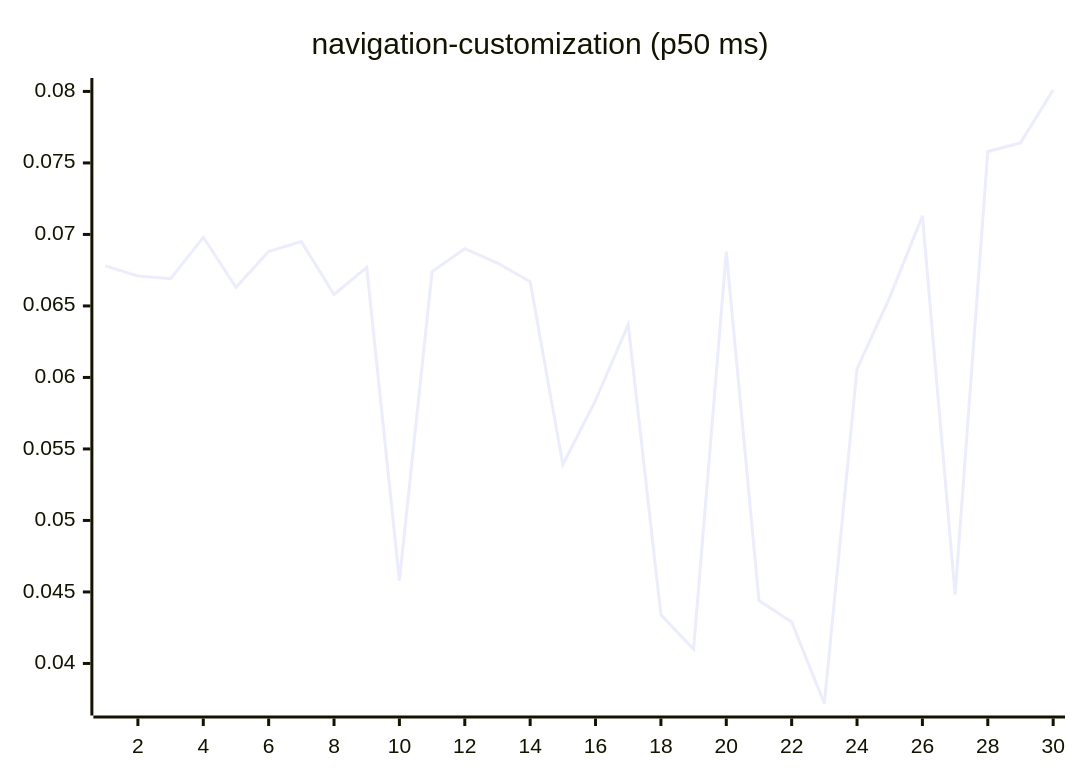
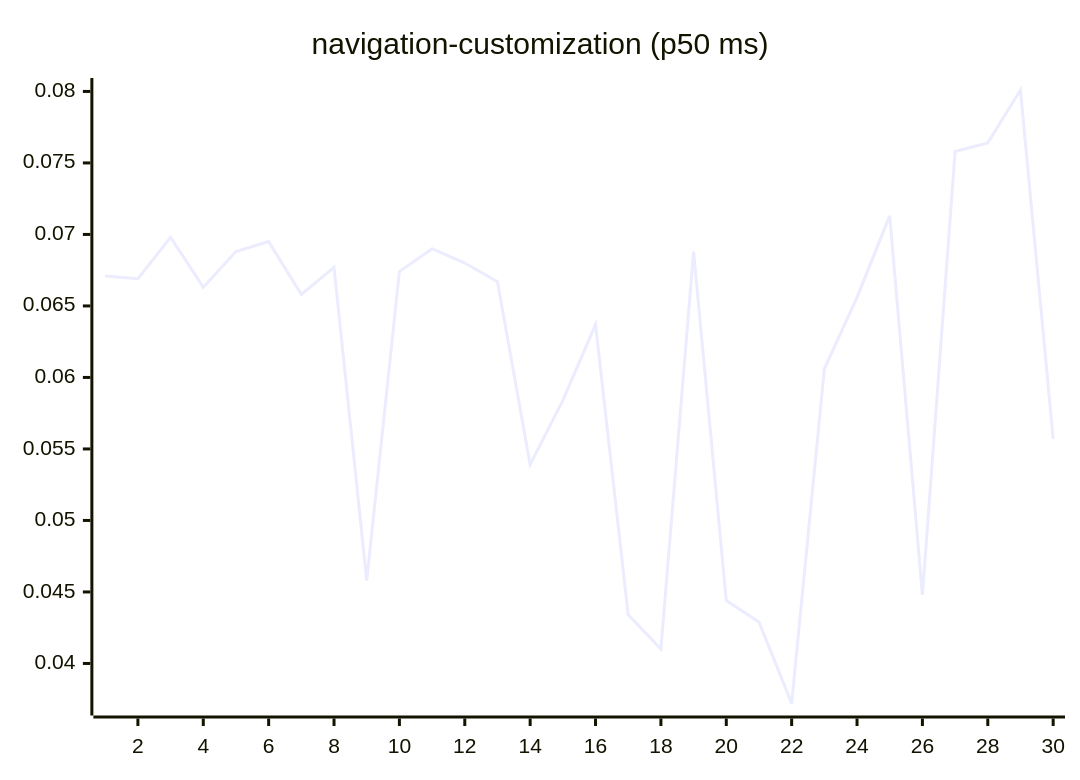
Diagram 15 of 27 in README.md (josha/Facet), drawn with Mermaid before and after one commit. The commit also changed other lines of this file and 2 other files, not shown here.

````diff
--- a/README.md
+++ b/README.md
@@ -161,6 +161,6 @@
 ```mermaid
 xychart-beta
     title "navigation-customization (p50 ms)"
     x-axis 1 --> 30
-    line [0.0678, 0.0671, 0.0669, 0.0698, 0.0663, 0.0688, 0.0695, 0.0658, 0.0677, 0.0458, 0.0674, 0.0690, 0.0680, 0.0667, 0.0539, 0.0584, 0.0637, 0.0434, 0.0410, 0.0688, 0.0444, 0.0429, 0.0372, 0.0606, 0.0656, 0.0713, 0.0448, 0.0758, 0.0764, 0.0801]
+    line [0.0671, 0.0669, 0.0698, 0.0663, 0.0688, 0.0695, 0.0658, 0.0677, 0.0458, 0.0674, 0.0690, 0.0680, 0.0667, 0.0539, 0.0584, 0.0637, 0.0434, 0.0410, 0.0688, 0.0444, 0.0429, 0.0372, 0.0606, 0.0656, 0.0713, 0.0448, 0.0758, 0.0764, 0.0801, 0.0557]
 ```
````
